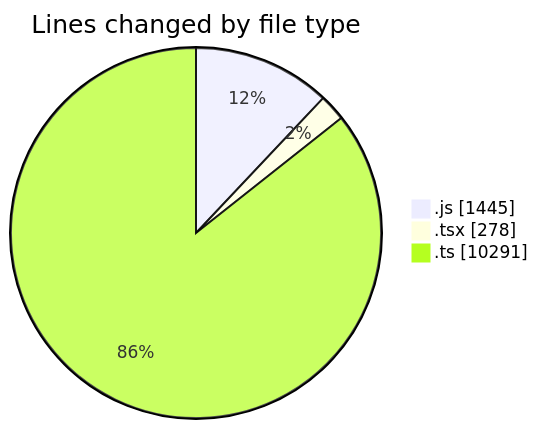
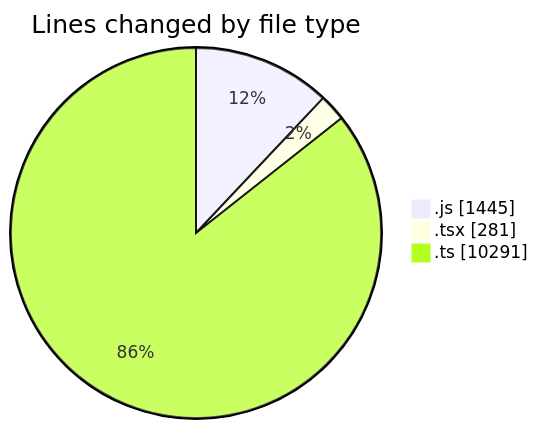
Before and after one commit to momahboobian/code-tracking: the first of 2 diagrams in 2025-03-13/cda/README.md, drawn with Mermaid. The commit also changed other lines of this file and 1 other file, not shown here.

````diff
--- a/2025-03-13/cda/README.md
+++ b/2025-03-13/cda/README.md
@@ -32,7 +32,7 @@
 ```mermaid
 pie showData
 title Lines changed by file type
 ".js" : 1445
-".tsx" : 278
+".tsx" : 281
 ".ts" : 10291
 ```
````
